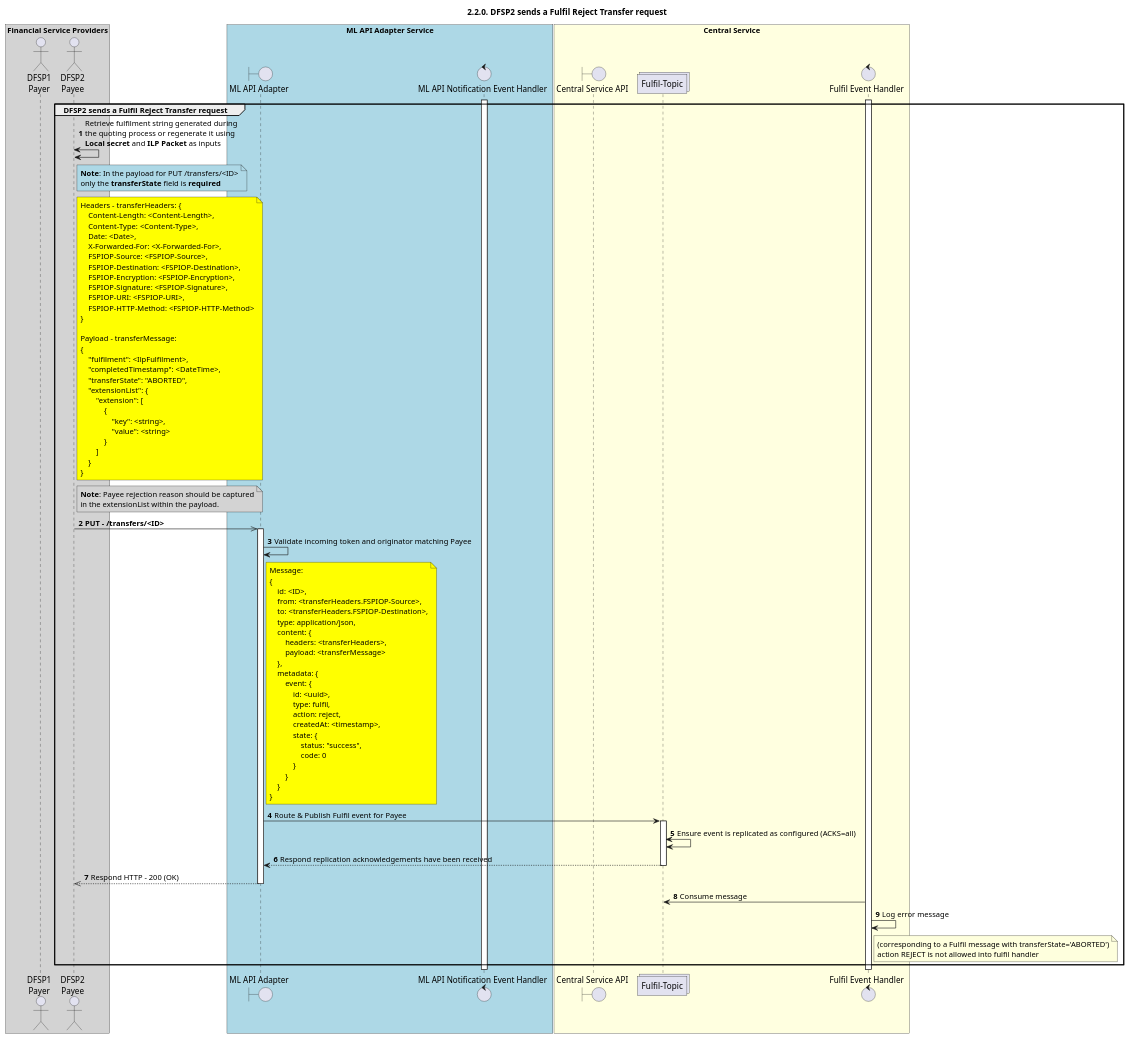
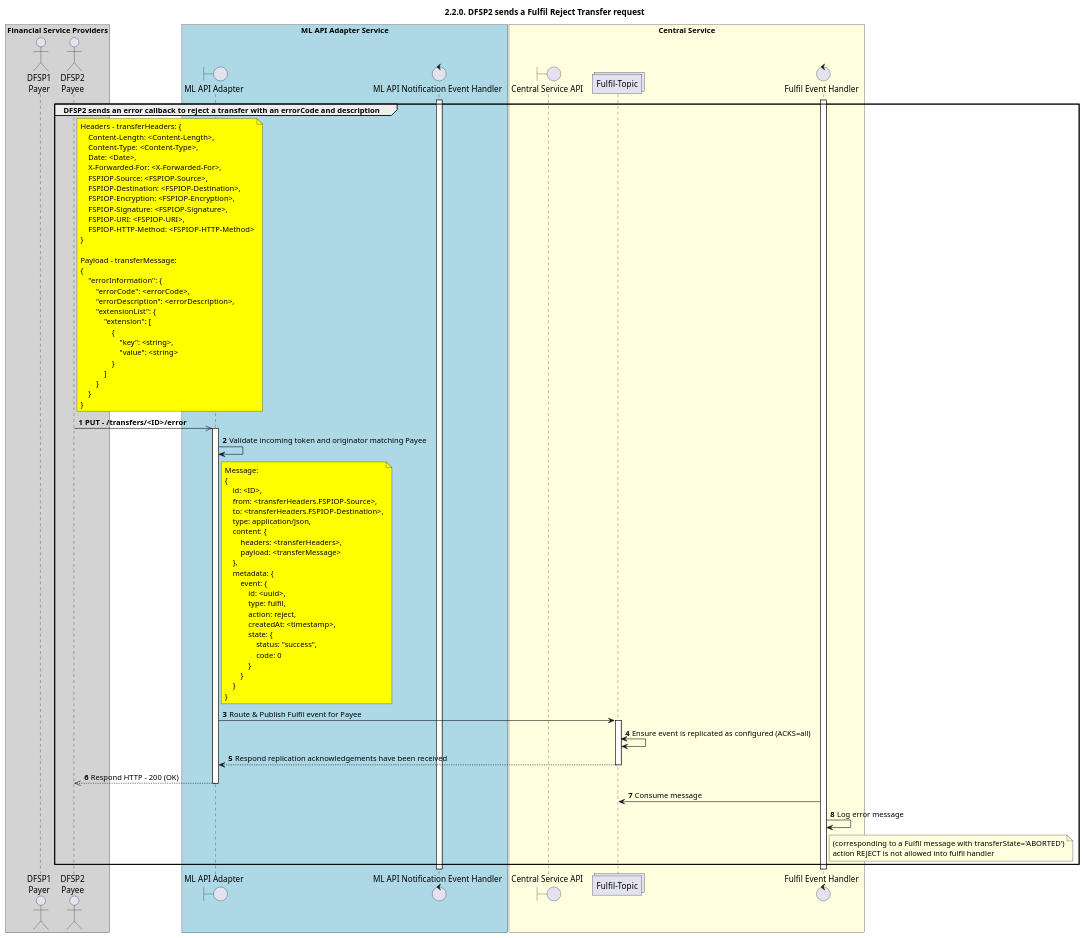
Before and after one commit to mojaloop/documentation: the diagram in mojaloop-technical-overview/central-ledger/assets/diagrams/sequence/seq-reject-2.2.0-v1.1.plantuml, drawn with PlantUML. The commit also changed 4 other files, not shown here.

First line of the commit message:
#1634: Fixes for Transfer Reject/Abort sequence diagrams and page (#258)

```diff
--- a/mojaloop-technical-overview/central-ledger/assets/diagrams/sequence/seq-reject-2.2.0-v1.1.plantuml
+++ b/mojaloop-technical-overview/central-ledger/assets/diagrams/sequence/seq-reject-2.2.0-v1.1.plantuml
@@ -26,126 +26,118 @@
 @startuml
 ' declate title
 title 2.2.0. DFSP2 sends a Fulfil Reject Transfer request
 
 autonumber
 
 ' Actor Keys:
 '   boundary - APIs/Interfaces, etc
 '   collections - Kafka Topics
 '   control - Kafka Consumers
 '   entity - Database Access Objects
 '   database - Database Persistance Store
 
 ' declare actors
 actor "DFSP1\nPayer" as DFSP1
 actor "DFSP2\nPayee" as DFSP2
 boundary "ML API Adapter" as MLAPI
 control "ML API Notification Event Handler" as NOTIFY_HANDLER
 boundary "Central Service API" as CSAPI
 collections "Fulfil-Topic" as TOPIC_FULFIL
 control "Fulfil Event Handler" as FULF_HANDLER
 
 ' collections "topic-transfer-position" as TOPIC_TRANSFER_POSITION
 ' control "Position Event Handler" as POS_HANDLER
 ' collections "Event-Topic" as TOPIC_EVENTS
 ' collections "Notification-Topic" as TOPIC_NOTIFICATIONS
 
 box "Financial Service Providers" #lightGray
 	participant DFSP1
 	participant DFSP2
 end box
 
 box "ML API Adapter Service" #LightBlue
 	participant MLAPI
 	participant NOTIFY_HANDLER
 end box
 
 box "Central Service" #LightYellow
     participant CSAPI
 	participant TOPIC_FULFIL
     participant FULF_HANDLER
 end box
 
 ' start flow
 activate NOTIFY_HANDLER
 activate FULF_HANDLER
-group DFSP2 sends a Fulfil Reject Transfer request
-    DFSP2 <-> DFSP2: Retrieve fulfilment string generated during\nthe quoting process or regenerate it using\n**Local secret** and **ILP Packet** as inputs
-    note right of DFSP2 #lightblue
-        **Note**: In the payload for PUT /transfers/<ID>
-        only the **transferState** field is **required**
-    end note
+group DFSP2 sends an error callback to reject a transfer with an errorCode and description
     note right of DFSP2 #yellow
         Headers - transferHeaders: {
             Content-Length: <Content-Length>,
             Content-Type: <Content-Type>,
             Date: <Date>,
             X-Forwarded-For: <X-Forwarded-For>,
             FSPIOP-Source: <FSPIOP-Source>,
             FSPIOP-Destination: <FSPIOP-Destination>,
             FSPIOP-Encryption: <FSPIOP-Encryption>,
             FSPIOP-Signature: <FSPIOP-Signature>,
             FSPIOP-URI: <FSPIOP-URI>,
             FSPIOP-HTTP-Method: <FSPIOP-HTTP-Method>
         }
 
         Payload - transferMessage:
         {
-            "fulfilment": <IlpFulfilment>,
-            "completedTimestamp": <DateTime>,
-            "transferState": "ABORTED",
-            "extensionList": {
-                "extension": [
-                    {
-                        "key": <string>,
-                        "value": <string>
-                    }
-                ]
+            "errorInformation": {
+                "errorCode": <errorCode>,
+                "errorDescription": <errorDescription>,
+                "extensionList": {
+                    "extension": [
+                        {
+                            "key": <string>,
+                            "value": <string>
+                        }
+                    ]
+                }
             }
         }
     end note
-    note right of DFSP2 #lightgray
-        **Note**: Payee rejection reason should be captured
-        in the extensionList within the payload.
-    end note
-    DFSP2 ->> MLAPI: **PUT - /transfers/<ID>**
+    DFSP2 ->> MLAPI: **PUT - /transfers/<ID>/error**
     
     activate MLAPI
     MLAPI -> MLAPI: Validate incoming token and originator matching Payee
     note right of MLAPI #yellow
         Message:
         {
             id: <ID>,
             from: <transferHeaders.FSPIOP-Source>,
             to: <transferHeaders.FSPIOP-Destination>,
             type: application/json,
             content: {
                 headers: <transferHeaders>,
                 payload: <transferMessage>
             },
             metadata: {
                 event: {
                     id: <uuid>,
                     type: fulfil,
                     action: reject,
                     createdAt: <timestamp>,
                     state: {
                         status: "success",
                         code: 0
                     }
                 }
             }
         }
     end note
     MLAPI -> TOPIC_FULFIL: Route & Publish Fulfil event for Payee
     activate TOPIC_FULFIL
     TOPIC_FULFIL <-> TOPIC_FULFIL: Ensure event is replicated as configured (ACKS=all)
     TOPIC_FULFIL --> MLAPI: Respond replication acknowledgements have been received
     deactivate TOPIC_FULFIL
     MLAPI -->> DFSP2: Respond HTTP - 200 (OK)
     deactivate MLAPI
     TOPIC_FULFIL <- FULF_HANDLER: Consume message
     FULF_HANDLER -> FULF_HANDLER: Log error message
     note right of FULF_HANDLER: (corresponding to a Fulfil message with transferState='ABORTED')\naction REJECT is not allowed into fulfil handler
 end
 @enduml
```
